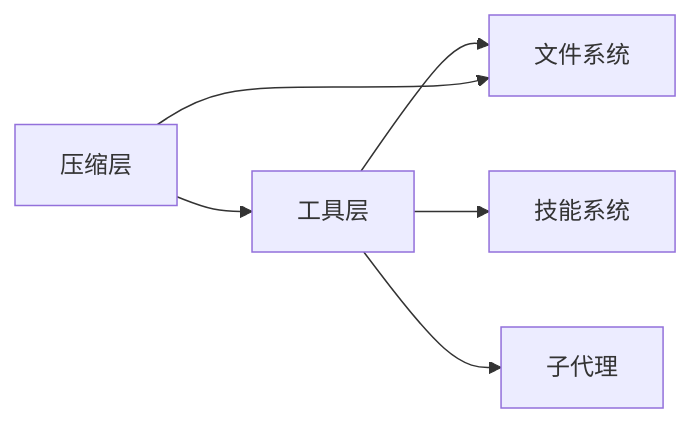
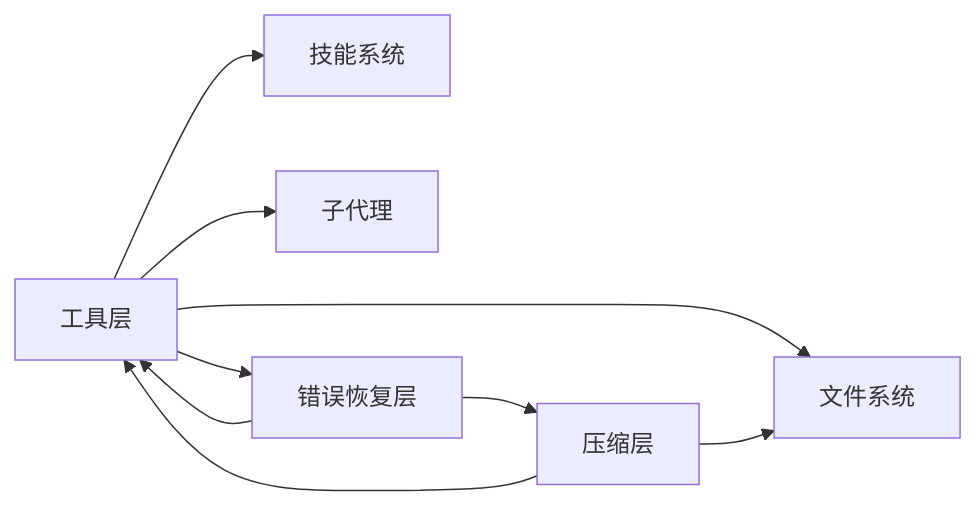
Before and after one commit to eurekaYYzero/Mini-Claude-Code: diagram 11 of 11 in .qoder/repowiki/zh/content/核心功能详解/核心功能详解.md, drawn with Mermaid. The commit also changed other lines of this file and 20 other files, not shown here.

````diff
--- a/.qoder/repowiki/zh/content/核心功能详解/核心功能详解.md
+++ b/.qoder/repowiki/zh/content/核心功能详解/核心功能详解.md
@@ -362,8 +476,11 @@
 ```mermaid
 graph LR
 Tools["工具层"] --> FS["文件系统"]
 Tools --> Skills["技能系统"]
 Tools --> SubAgent["子代理"]
+Tools --> Recovery["错误恢复层"]
 Memory["压缩层"] --> Tools
 Memory --> FS
+Recovery --> Tools
+Recovery --> Memory
 ```
````
